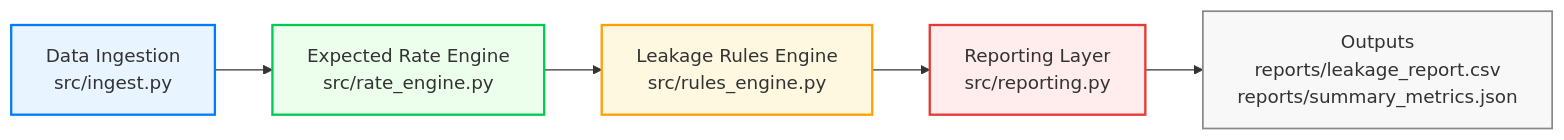
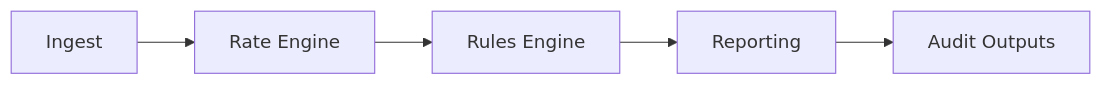
Before and after one commit to Joshitha-Uppalapati/invoice-matchai: the diagram in README.md, drawn with Mermaid. The commit also changed other lines of this file and 1 other file, not shown here.

````diff
--- a/README.md
+++ b/README.md
@@ -48,13 +54,7 @@
 ```mermaid
 flowchart LR
-    A[Data Ingestion<br>src/ingest.py] --> B[Expected Rate Engine<br>src/rate_engine.py]
-    B --> C[Leakage Rules Engine<br>src/rules_engine.py]
-    C --> D[Reporting Layer<br>src/reporting.py]
-    D --> E[Outputs<br>reports/leakage_report.csv<br>reports/summary_metrics.json]
-
-    style A fill:#e8f4ff,stroke:#007bff,stroke-width:2px
-    style B fill:#ecffed,stroke:#00c853,stroke-width:2px
-    style C fill:#fff8e1,stroke:#ffa000,stroke-width:2px
-    style D fill:#ffecec,stroke:#e53935,stroke-width:2px
-    style E fill:#f8f8f8,stroke:#888,stroke-width:1.5px
+    A[Ingest] --> B[Rate Engine]
+    B --> C[Rules Engine]
+    C --> D[Reporting]
+    D --> E[Audit Outputs]
 ```
````
